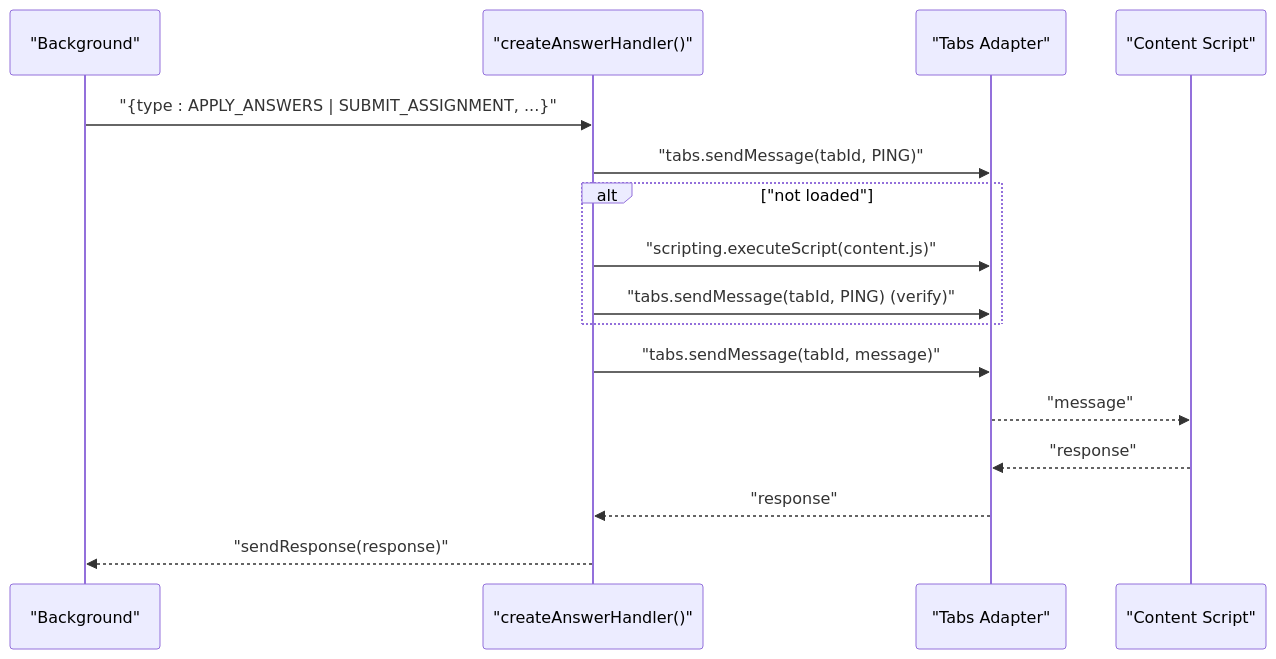
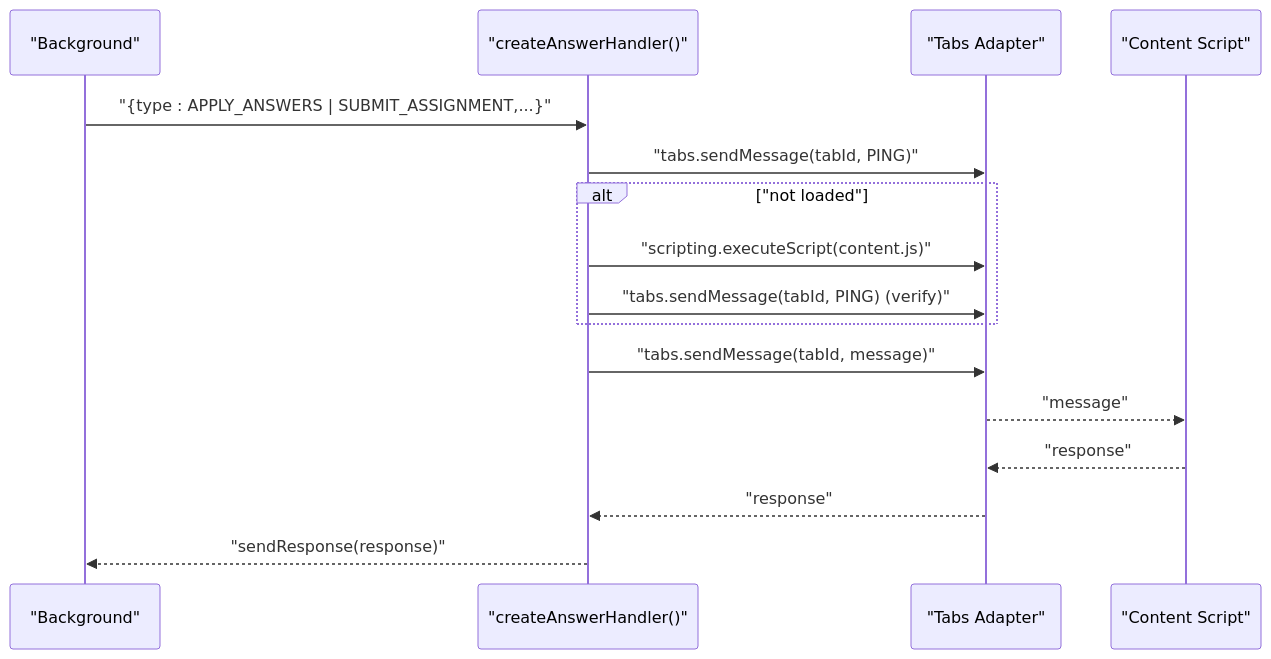
The seventh of 9 diagrams in src/data/docs/mooc-utils/Assignment Solver Extension/Core Modules/Background Service/Message Handlers/Message Handlers.md (tashifkhan/tashif.codes), drawn with Mermaid before and after one commit. The commit also changed other lines of this file and 2128 other files, not shown here.

First line of the commit message:
docs: replace raster diagram images with native Mermaid across project guides

````diff
--- a/src/data/docs/mooc-utils/Assignment Solver Extension/Core Modules/Background Service/Message Handlers/Message Handlers.md
+++ b/src/data/docs/mooc-utils/Assignment Solver Extension/Core Modules/Background Service/Message Handlers/Message Handlers.md
@@ -250,18 +250,18 @@
 ```mermaid
 sequenceDiagram
 participant BG as "Background"
 participant AH as "createAnswerHandler()"
 participant TA as "Tabs Adapter"
 participant SC as "Content Script"
-BG->>AH : "{type : APPLY_ANSWERS | SUBMIT_ASSIGNMENT, ...}"
+BG->>AH : "{type : APPLY_ANSWERS | SUBMIT_ASSIGNMENT,...}"
 AH->>TA : "tabs.sendMessage(tabId, PING)"
 alt "not loaded"
 AH->>TA : "scripting.executeScript(content.js)"
 AH->>TA : "tabs.sendMessage(tabId, PING) (verify)"
 end
 AH->>TA : "tabs.sendMessage(tabId, message)"
 TA-->>SC : "message"
 SC-->>TA : "response"
 TA-->>AH : "response"
 AH-->>BG : "sendResponse(response)"
 ```
````
